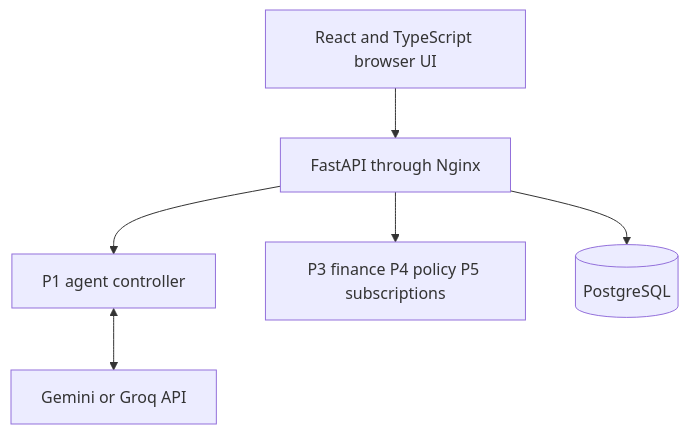
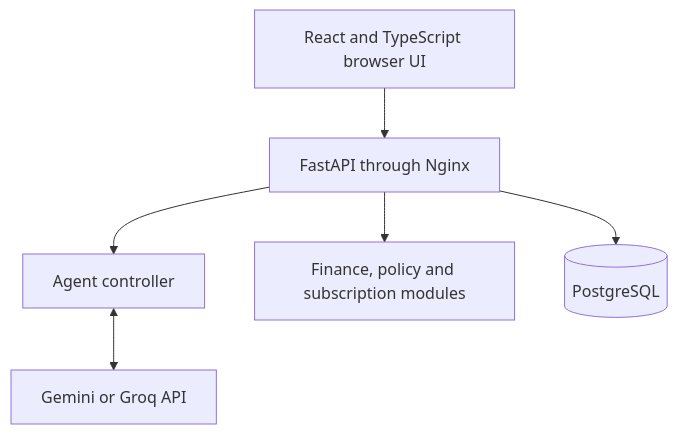
One commit to fvia88/ai-banking-agent changed the first of 4 diagrams in docs/agent/technical_documentation.md. Above: the diagram before and after it, drawn with Mermaid. The commit also changed other lines of this file and 1 other file, not shown here.

````diff
--- a/docs/agent/technical_documentation.md
+++ b/docs/agent/technical_documentation.md
@@ -32,9 +39,9 @@
 ```mermaid
 %% architecture
 flowchart TD
   UI[React and TypeScript browser UI] --> API[FastAPI through Nginx]
-  API --> Agent[P1 agent controller]
-  API --> Modules[P3 finance P4 policy P5 subscriptions]
+  API --> Agent[Agent controller]
+  API --> Modules[Finance, policy and subscription modules]
   API --> DB[(PostgreSQL)]
   Agent <--> LLM[Gemini or Groq API]
 ```
````
